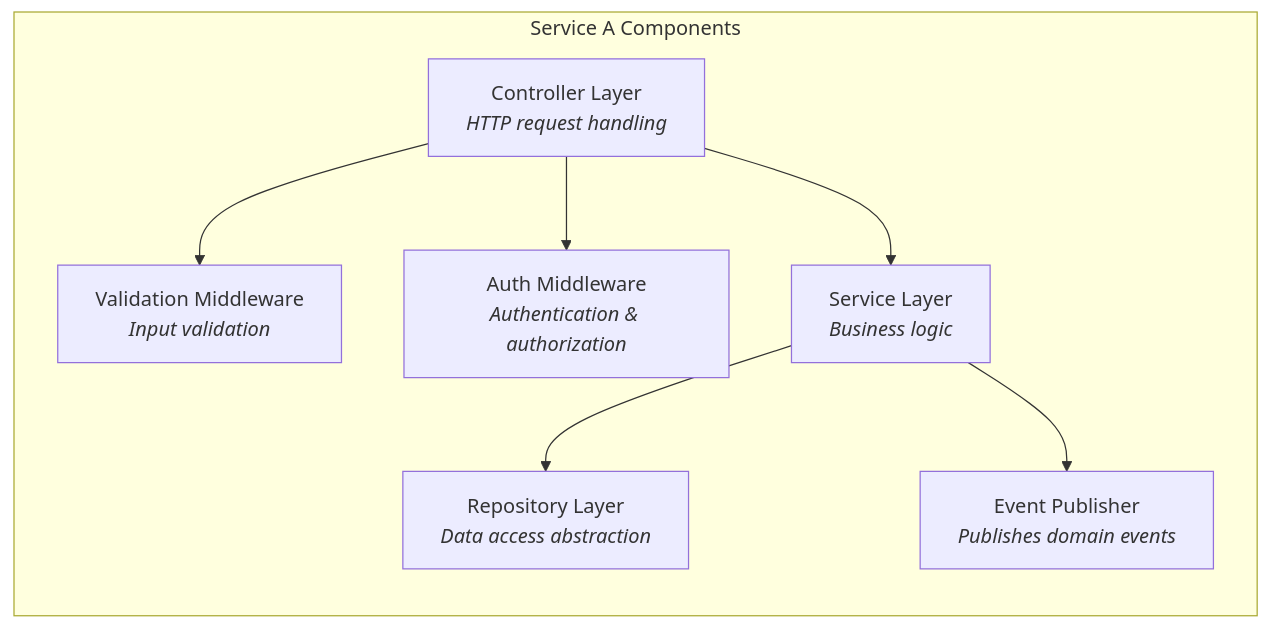
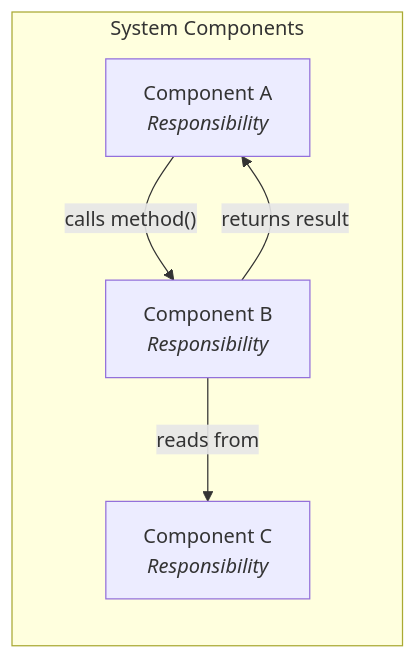
The sixth of 9 diagrams in skills/tech-design-generation/references/template.md (tercel/spec-forge), drawn with Mermaid before and after one commit. The commit also changed other lines of this file and 18 other files, not shown here.

````diff
--- a/skills/tech-design-generation/references/template.md
+++ b/skills/tech-design-generation/references/template.md
@@ -429,17 +472,12 @@
 ```mermaid
 flowchart LR
-    subgraph "Service A Components"
-        Controller["Controller Layer<br/><i>HTTP request handling</i>"]
-        Validator["Validation Middleware<br/><i>Input validation</i>"]
-        AuthMiddleware["Auth Middleware<br/><i>Authentication & authorization</i>"]
-        Service["Service Layer<br/><i>Business logic</i>"]
-        Repository["Repository Layer<br/><i>Data access abstraction</i>"]
-        EventPublisher["Event Publisher<br/><i>Publishes domain events</i>"]
+    subgraph "System Components"
+        A["Component A<br/><i>Responsibility</i>"]
+        B["Component B<br/><i>Responsibility</i>"]
+        C["Component C<br/><i>Responsibility</i>"]
     end
 
-    Controller --> Validator
-    Controller --> AuthMiddleware
-    Controller --> Service
-    Service --> Repository
-    Service --> EventPublisher
+    A -->|"calls method()"| B
+    B -->|"returns result"| A
+    B -->|"reads from"| C
 ```
````
